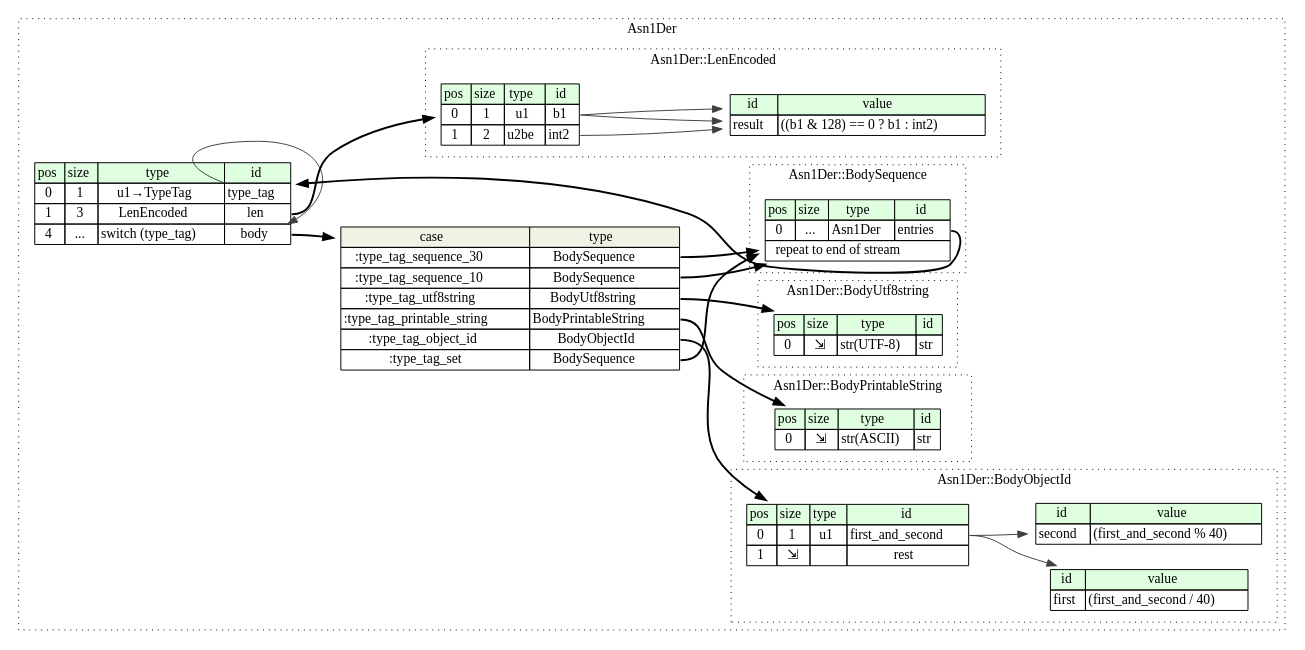
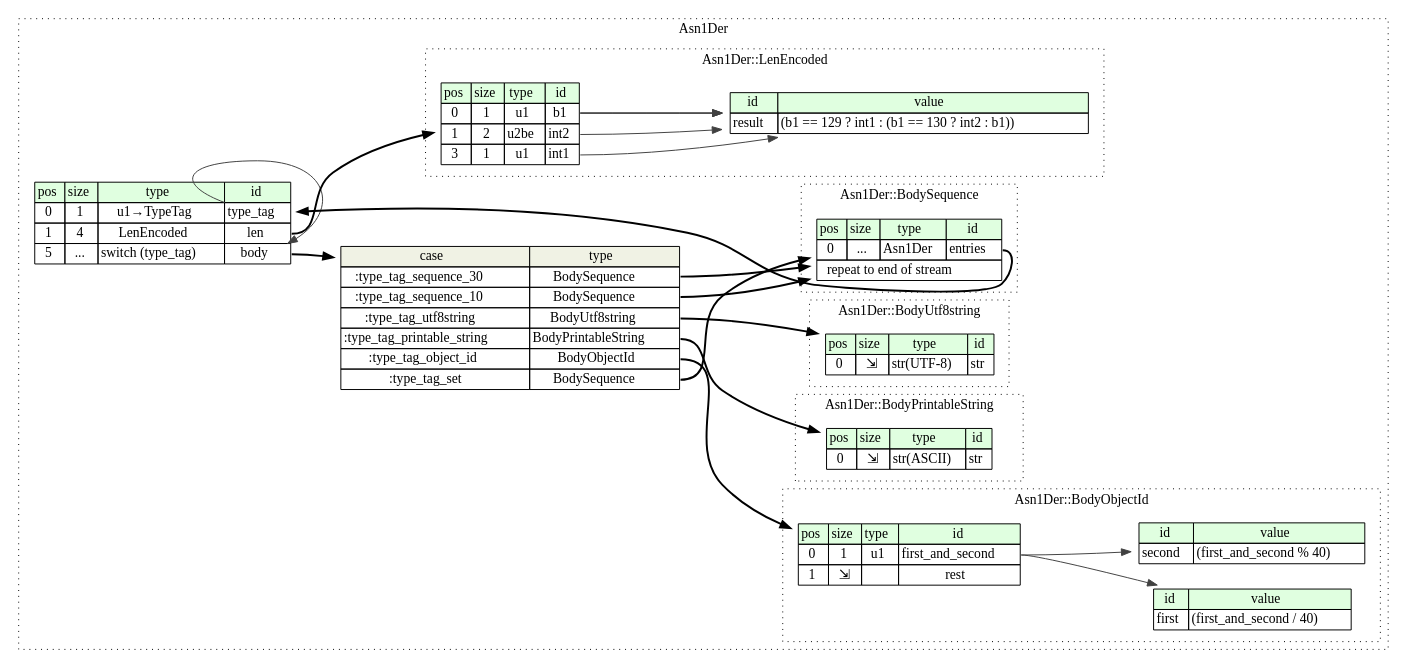
The diagram in asn1_der/src/graphviz/asn1_der.dot (kaitai-io/formats-kaitai-io.github.io), drawn with Graphviz before and after one commit. The commit also changed 30 other files, not shown here.

```diff
--- a/asn1_der/src/graphviz/asn1_der.dot
+++ b/asn1_der/src/graphviz/asn1_der.dot
@@ -1,99 +1,102 @@
 digraph {
 	rankdir=LR;
 	node [shape=plaintext];
 	subgraph cluster__asn1_der {
 		label="Asn1Der";
 		graph[style=dotted];
 
 		asn1_der__seq [label=<<TABLE BORDER="0" CELLBORDER="1" CELLSPACING="0">
 			<TR><TD BGCOLOR="#E0FFE0">pos</TD><TD BGCOLOR="#E0FFE0">size</TD><TD BGCOLOR="#E0FFE0">type</TD><TD BGCOLOR="#E0FFE0">id</TD></TR>
 			<TR><TD PORT="type_tag_pos">0</TD><TD PORT="type_tag_size">1</TD><TD>u1→TypeTag</TD><TD PORT="type_tag_type">type_tag</TD></TR>
-			<TR><TD PORT="len_pos">1</TD><TD PORT="len_size">3</TD><TD>LenEncoded</TD><TD PORT="len_type">len</TD></TR>
-			<TR><TD PORT="body_pos">4</TD><TD PORT="body_size">...</TD><TD>switch (type_tag)</TD><TD PORT="body_type">body</TD></TR>
+			<TR><TD PORT="len_pos">1</TD><TD PORT="len_size">4</TD><TD>LenEncoded</TD><TD PORT="len_type">len</TD></TR>
+			<TR><TD PORT="body_pos">5</TD><TD PORT="body_size">...</TD><TD>switch (type_tag)</TD><TD PORT="body_type">body</TD></TR>
 		</TABLE>>];
 asn1_der__seq_body_switch [label=<<TABLE BORDER="0" CELLBORDER="1" CELLSPACING="0">
 	<TR><TD BGCOLOR="#F0F2E4">case</TD><TD BGCOLOR="#F0F2E4">type</TD></TR>
 	<TR><TD>:type_tag_sequence_30</TD><TD PORT="case0">BodySequence</TD></TR>
 	<TR><TD>:type_tag_sequence_10</TD><TD PORT="case1">BodySequence</TD></TR>
 	<TR><TD>:type_tag_utf8string</TD><TD PORT="case2">BodyUtf8string</TD></TR>
 	<TR><TD>:type_tag_printable_string</TD><TD PORT="case3">BodyPrintableString</TD></TR>
 	<TR><TD>:type_tag_object_id</TD><TD PORT="case4">BodyObjectId</TD></TR>
 	<TR><TD>:type_tag_set</TD><TD PORT="case5">BodySequence</TD></TR>
 </TABLE>>];
 		subgraph cluster__body_sequence {
 			label="Asn1Der::BodySequence";
 			graph[style=dotted];
 
 			body_sequence__seq [label=<<TABLE BORDER="0" CELLBORDER="1" CELLSPACING="0">
 				<TR><TD BGCOLOR="#E0FFE0">pos</TD><TD BGCOLOR="#E0FFE0">size</TD><TD BGCOLOR="#E0FFE0">type</TD><TD BGCOLOR="#E0FFE0">id</TD></TR>
 				<TR><TD PORT="entries_pos">0</TD><TD PORT="entries_size">...</TD><TD>Asn1Der</TD><TD PORT="entries_type">entries</TD></TR>
 				<TR><TD COLSPAN="4" PORT="entries__repeat">repeat to end of stream</TD></TR>
 			</TABLE>>];
 		}
 		subgraph cluster__body_utf8string {
 			label="Asn1Der::BodyUtf8string";
 			graph[style=dotted];
 
 			body_utf8string__seq [label=<<TABLE BORDER="0" CELLBORDER="1" CELLSPACING="0">
 				<TR><TD BGCOLOR="#E0FFE0">pos</TD><TD BGCOLOR="#E0FFE0">size</TD><TD BGCOLOR="#E0FFE0">type</TD><TD BGCOLOR="#E0FFE0">id</TD></TR>
 				<TR><TD PORT="str_pos">0</TD><TD PORT="str_size">⇲</TD><TD>str(UTF-8)</TD><TD PORT="str_type">str</TD></TR>
 			</TABLE>>];
 		}
 		subgraph cluster__body_object_id {
 			label="Asn1Der::BodyObjectId";
 			graph[style=dotted];
 
 			body_object_id__seq [label=<<TABLE BORDER="0" CELLBORDER="1" CELLSPACING="0">
 				<TR><TD BGCOLOR="#E0FFE0">pos</TD><TD BGCOLOR="#E0FFE0">size</TD><TD BGCOLOR="#E0FFE0">type</TD><TD BGCOLOR="#E0FFE0">id</TD></TR>
 				<TR><TD PORT="first_and_second_pos">0</TD><TD PORT="first_and_second_size">1</TD><TD>u1</TD><TD PORT="first_and_second_type">first_and_second</TD></TR>
 				<TR><TD PORT="rest_pos">1</TD><TD PORT="rest_size">⇲</TD><TD></TD><TD PORT="rest_type">rest</TD></TR>
 			</TABLE>>];
 			body_object_id__inst__first [label=<<TABLE BORDER="0" CELLBORDER="1" CELLSPACING="0">
 				<TR><TD BGCOLOR="#E0FFE0">id</TD><TD BGCOLOR="#E0FFE0">value</TD></TR>
 				<TR><TD>first</TD><TD>(first_and_second / 40)</TD></TR>
 			</TABLE>>];
 			body_object_id__inst__second [label=<<TABLE BORDER="0" CELLBORDER="1" CELLSPACING="0">
 				<TR><TD BGCOLOR="#E0FFE0">id</TD><TD BGCOLOR="#E0FFE0">value</TD></TR>
 				<TR><TD>second</TD><TD>(first_and_second % 40)</TD></TR>
 			</TABLE>>];
 		}
 		subgraph cluster__len_encoded {
 			label="Asn1Der::LenEncoded";
 			graph[style=dotted];
 
 			len_encoded__seq [label=<<TABLE BORDER="0" CELLBORDER="1" CELLSPACING="0">
 				<TR><TD BGCOLOR="#E0FFE0">pos</TD><TD BGCOLOR="#E0FFE0">size</TD><TD BGCOLOR="#E0FFE0">type</TD><TD BGCOLOR="#E0FFE0">id</TD></TR>
 				<TR><TD PORT="b1_pos">0</TD><TD PORT="b1_size">1</TD><TD>u1</TD><TD PORT="b1_type">b1</TD></TR>
 				<TR><TD PORT="int2_pos">1</TD><TD PORT="int2_size">2</TD><TD>u2be</TD><TD PORT="int2_type">int2</TD></TR>
+				<TR><TD PORT="int1_pos">3</TD><TD PORT="int1_size">1</TD><TD>u1</TD><TD PORT="int1_type">int1</TD></TR>
 			</TABLE>>];
 			len_encoded__inst__result [label=<<TABLE BORDER="0" CELLBORDER="1" CELLSPACING="0">
 				<TR><TD BGCOLOR="#E0FFE0">id</TD><TD BGCOLOR="#E0FFE0">value</TD></TR>
-				<TR><TD>result</TD><TD>((b1 &amp; 128) == 0 ? b1 : int2)</TD></TR>
+				<TR><TD>result</TD><TD>(b1 == 129 ? int1 : (b1 == 130 ? int2 : b1))</TD></TR>
 			</TABLE>>];
 		}
 		subgraph cluster__body_printable_string {
 			label="Asn1Der::BodyPrintableString";
 			graph[style=dotted];
 
 			body_printable_string__seq [label=<<TABLE BORDER="0" CELLBORDER="1" CELLSPACING="0">
 				<TR><TD BGCOLOR="#E0FFE0">pos</TD><TD BGCOLOR="#E0FFE0">size</TD><TD BGCOLOR="#E0FFE0">type</TD><TD BGCOLOR="#E0FFE0">id</TD></TR>
 				<TR><TD PORT="str_pos">0</TD><TD PORT="str_size">⇲</TD><TD>str(ASCII)</TD><TD PORT="str_type">str</TD></TR>
 			</TABLE>>];
 		}
 	}
 	asn1_der__seq:len_type -> len_encoded__seq [style=bold];
 	asn1_der__seq:body_type -> asn1_der__seq_body_switch [style=bold];
 	asn1_der__seq_body_switch:case0 -> body_sequence__seq [style=bold];
 	asn1_der__seq_body_switch:case1 -> body_sequence__seq [style=bold];
 	asn1_der__seq_body_switch:case2 -> body_utf8string__seq [style=bold];
 	asn1_der__seq_body_switch:case3 -> body_printable_string__seq [style=bold];
 	asn1_der__seq_body_switch:case4 -> body_object_id__seq [style=bold];
 	asn1_der__seq_body_switch:case5 -> body_sequence__seq [style=bold];
 	asn1_der__seq:type_tag_type -> asn1_der__seq:body_type [color="#404040"];
 	body_sequence__seq:entries_type -> asn1_der__seq [style=bold];
 	body_object_id__seq:first_and_second_type -> body_object_id__inst__first [color="#404040"];
 	body_object_id__seq:first_and_second_type -> body_object_id__inst__second [color="#404040"];
 	len_encoded__seq:b1_type -> len_encoded__inst__result [color="#404040"];
+	len_encoded__seq:int1_type -> len_encoded__inst__result [color="#404040"];
 	len_encoded__seq:b1_type -> len_encoded__inst__result [color="#404040"];
 	len_encoded__seq:int2_type -> len_encoded__inst__result [color="#404040"];
+	len_encoded__seq:b1_type -> len_encoded__inst__result [color="#404040"];
 }
```
